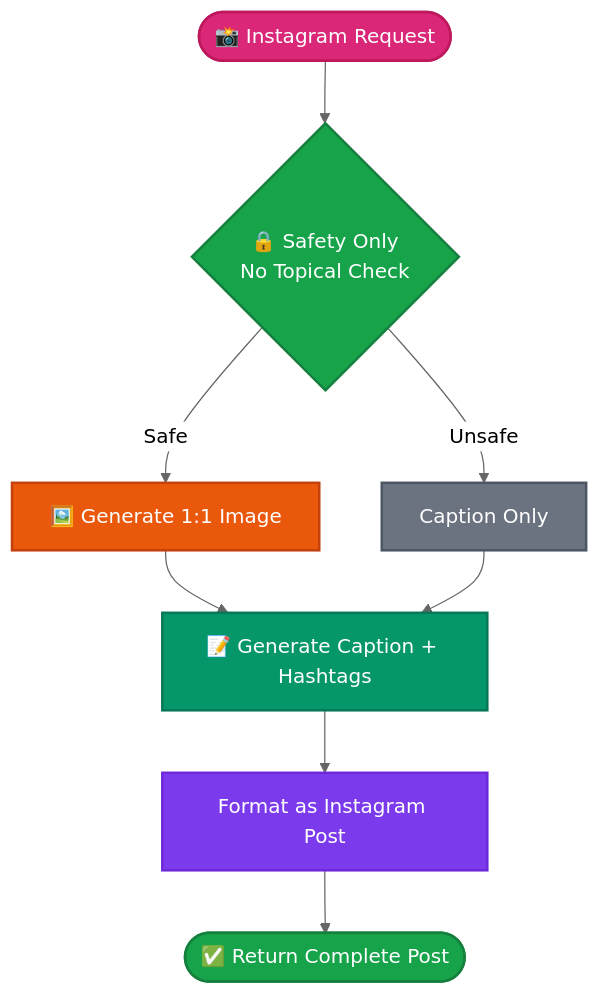
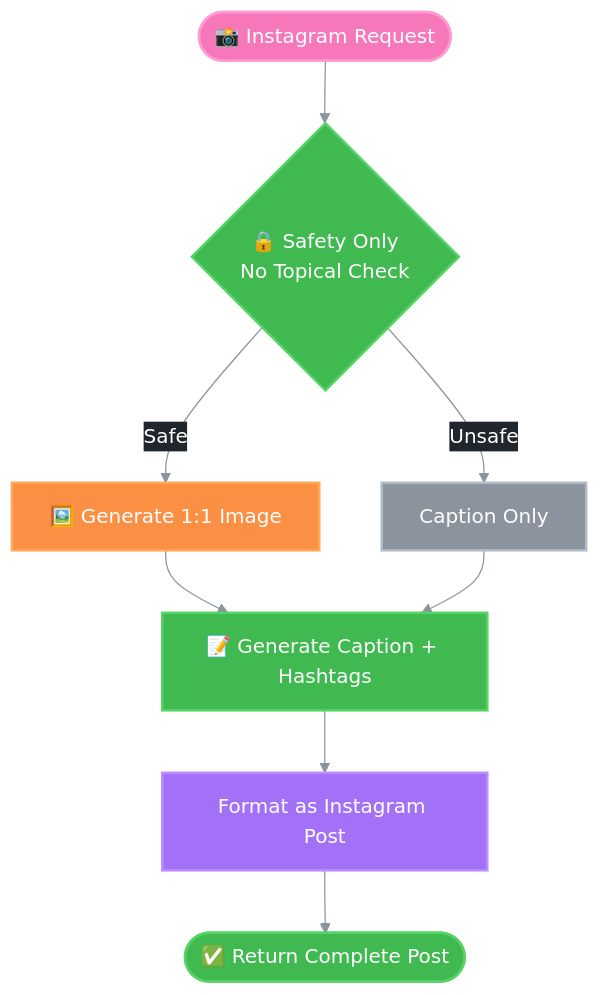
One commit to jayanthanantharaman/reach changed the third of 3 diagrams in docs/langgraph_flowchart.md. Above: the diagram before and after it, drawn with Mermaid. The commit also changed other lines of this file and 10 other files, not shown here.

Commit message:
REACH - Update mermaid diagrams

````diff
--- a/docs/langgraph_flowchart.md
+++ b/docs/langgraph_flowchart.md
@@ -160,19 +160,19 @@
 ```mermaid
-%%{init: {'theme': 'neutral'}}%%
+%%{init: {'theme': 'base', 'themeVariables': { 'primaryColor': '#58a6ff', 'primaryTextColor': '#ffffff', 'primaryBorderColor': '#58a6ff', 'lineColor': '#8b949e', 'secondaryColor': '#21262d', 'tertiaryColor': '#161b22', 'background': '#0d1117'}}}%%
 flowchart TD
     START([📸 Instagram Request]) --> CHECK{🔒 Safety Only<br/>No Topical Check}
     CHECK -->|Safe| IMAGE[🖼️ Generate 1:1 Image]
     CHECK -->|Unsafe| CAPTION_ONLY[Caption Only]
     IMAGE --> CAPTION[📝 Generate Caption + Hashtags]
     CAPTION_ONLY --> CAPTION
     CAPTION --> FORMAT[Format as Instagram Post]
     FORMAT --> RETURN([✅ Return Complete Post])
     
-    style START fill:#db2777,stroke:#be185d,stroke-width:2px,color:#fff
-    style CHECK fill:#16a34a,stroke:#15803d,stroke-width:2px,color:#fff
-    style IMAGE fill:#ea580c,stroke:#c2410c,stroke-width:2px,color:#fff
-    style CAPTION_ONLY fill:#6b7280,stroke:#4b5563,stroke-width:2px,color:#fff
-    style CAPTION fill:#059669,stroke:#047857,stroke-width:2px,color:#fff
-    style FORMAT fill:#7c3aed,stroke:#6d28d9,stroke-width:2px,color:#fff
-    style RETURN fill:#16a34a,stroke:#15803d,stroke-width:2px,color:#fff
+    style START fill:#f778ba,stroke:#ff9bce,stroke-width:2px,color:#ffffff
+    style CHECK fill:#3fb950,stroke:#56d364,stroke-width:2px,color:#ffffff
+    style IMAGE fill:#fb8f44,stroke:#ffa657,stroke-width:2px,color:#ffffff
+    style CAPTION_ONLY fill:#8b949e,stroke:#b1bac4,stroke-width:2px,color:#ffffff
+    style CAPTION fill:#3fb950,stroke:#56d364,stroke-width:2px,color:#ffffff
+    style FORMAT fill:#a371f7,stroke:#bc8cff,stroke-width:2px,color:#ffffff
+    style RETURN fill:#3fb950,stroke:#56d364,stroke-width:2px,color:#ffffff
 ```
````
